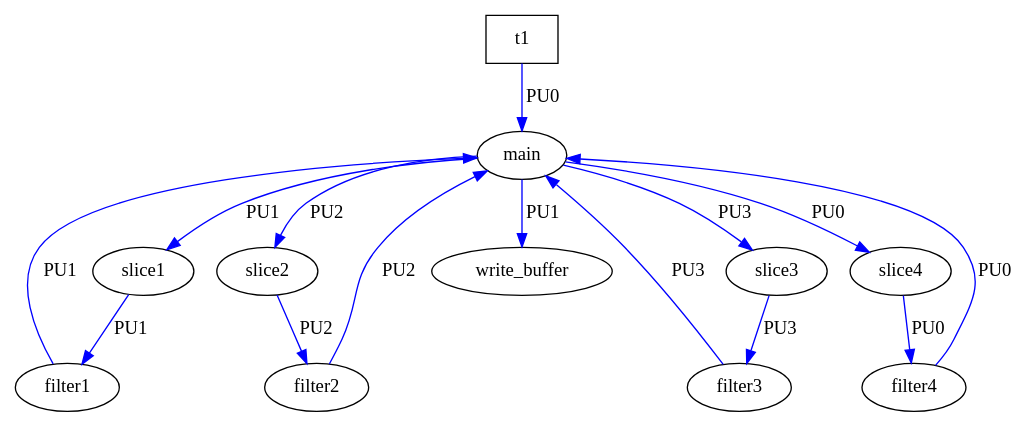
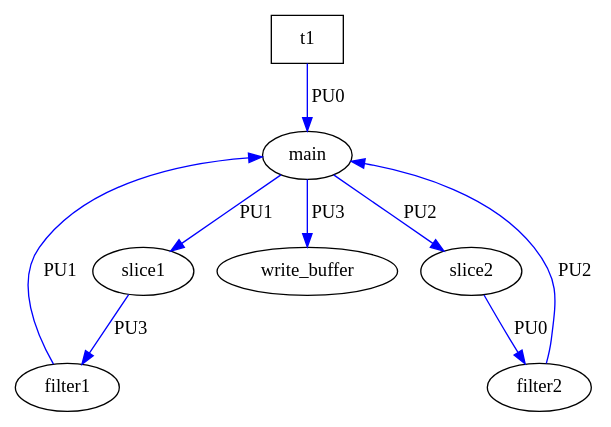
The diagram in graph.dot (samujoaz/ArchiDSE), drawn with Graphviz before and after one commit. The commit also changed 1425 other files, not shown here.

```diff
--- a/graph.dot
+++ b/graph.dot
@@ -1,28 +1,18 @@
 digraph my_graph {
   overlap = scale;
    main[label="main"];
    slice1[label="slice1"];
    slice2[label="slice2"];
-   slice3[label="slice3"];
-   slice4[label="slice4"];
    filter1[label="filter1"];
    filter2[label="filter2"];
-   filter3[label="filter3"];
-   filter4[label="filter4"];
    write_buffer[label="write_buffer"];
    t1[label="t1",shape=box ];
    t1 -> main[label="PU0", color=blue];
    main -> slice1[label="PU1", color=blue];
    main -> slice2[label="PU2", color=blue];
-   main -> slice3[label="PU3", color=blue];
-   main -> slice4[label="PU0", color=blue];
-   slice1 -> filter1[label="PU1", color=blue];
-   slice2 -> filter2[label="PU2", color=blue];
-   slice3 -> filter3[label="PU3", color=blue];
-   slice4 -> filter4[label="PU0", color=blue];
+   slice1 -> filter1[label="PU3", color=blue];
+   slice2 -> filter2[label="PU0", color=blue];
    filter1 -> main[label="PU1", color=blue];
    filter2 -> main[label="PU2", color=blue];
-   filter3 -> main[label="PU3", color=blue];
-   filter4 -> main[label="PU0", color=blue];
-   main -> write_buffer[label="PU1", color=blue];
+   main -> write_buffer[label="PU3", color=blue];
 }
```
